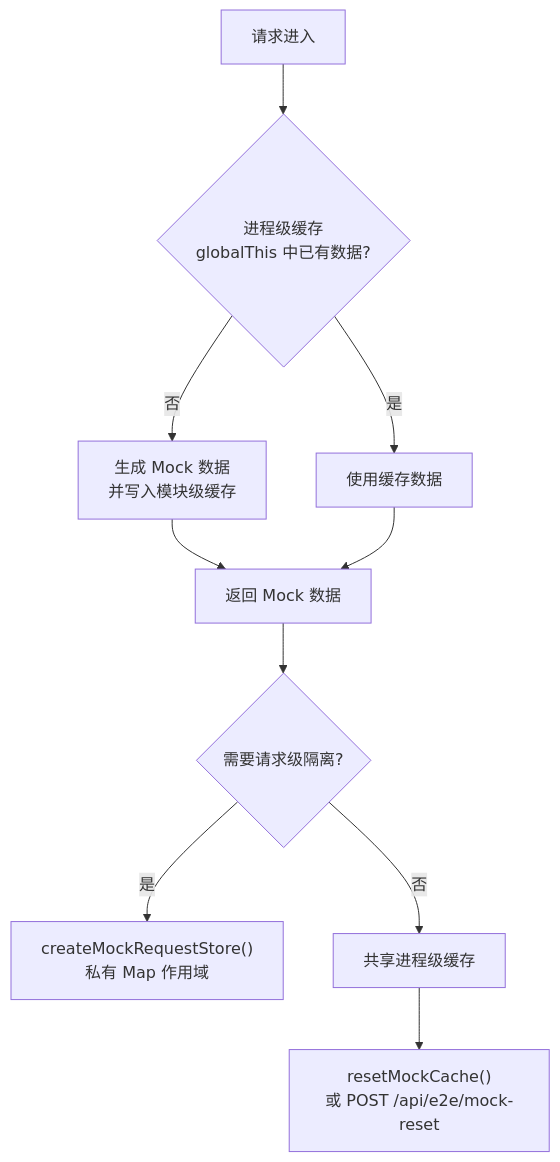
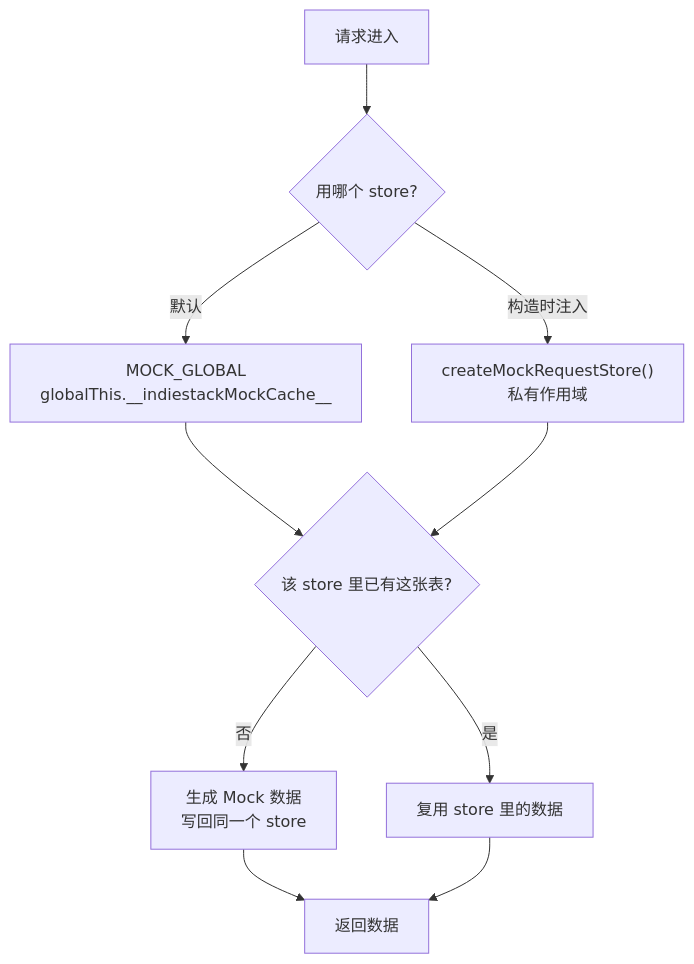
One commit to Sun1090/IndieStack changed the third of 4 diagrams in docs/architecture/13-mock-system.md. Above: the diagram before and after it, drawn with Mermaid. The commit also changed other lines of this file and 4 other files, not shown here.

First line of the commit message:
refactor(mock): 删掉 21 个只写不读的模块级镜像，store 成为 mock 状态的唯一来源

````diff
--- a/docs/architecture/13-mock-system.md
+++ b/docs/architecture/13-mock-system.md
@@ -107,12 +107,12 @@
 ```mermaid
 flowchart TD
-    Request["请求进入"] --> Check{"进程级缓存<br/>globalThis 中已有数据?"}
-    Check -->|否| Generate["生成 Mock 数据<br/>并写入模块级缓存"]
-    Check -->|是| UseCache["使用缓存数据"]
-    Generate --> Return["返回 Mock 数据"]
+    Request["请求进入"] --> Which{"用哪个 store?"}
+    Which -->|默认| Global["MOCK_GLOBAL<br/>globalThis.__indiestackMockCache__"]
+    Which -->|构造时注入| Scope["createMockRequestStore()<br/>私有作用域"]
+    Global --> Check{"该 store 里已有这张表?"}
+    Scope --> Check
+    Check -->|否| Generate["生成 Mock 数据<br/>写回同一个 store"]
+    Check -->|是| UseCache["复用 store 里的数据"]
+    Generate --> Return["返回数据"]
     UseCache --> Return
-    Return --> Isolated{"需要请求级隔离?"}
-    Isolated -->|是| Scope["createMockRequestStore()<br/>私有 Map 作用域"]
-    Isolated -->|否| Shared["共享进程级缓存"]
-    Shared --> Reset["resetMockCache()<br/>或 POST /api/e2e/mock-reset"]
 ```
````
